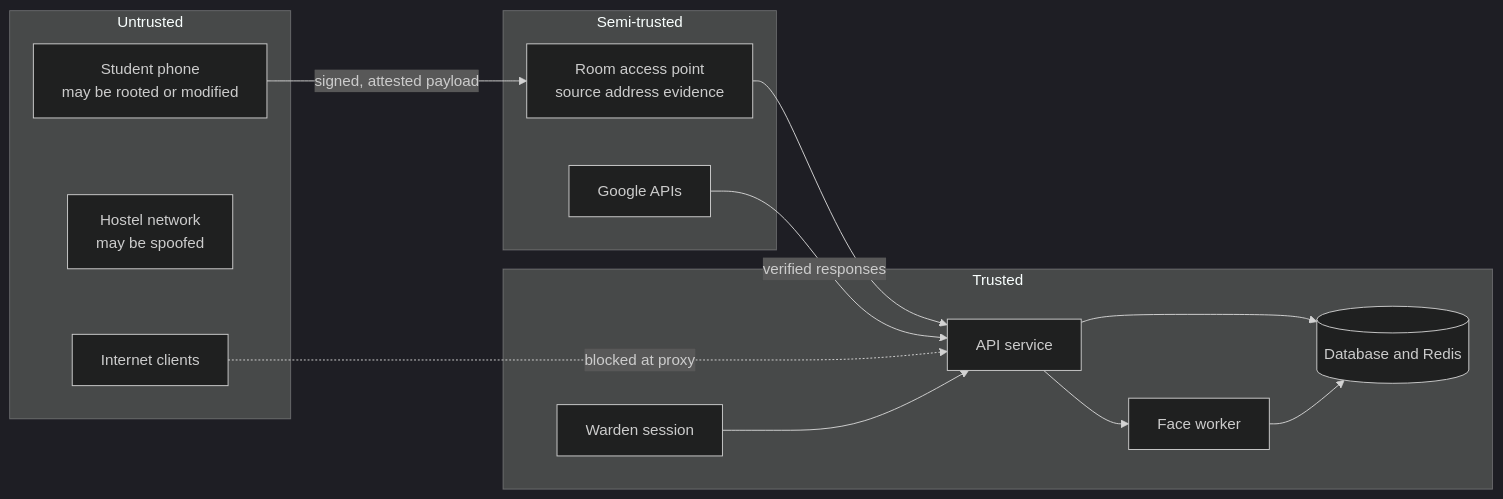
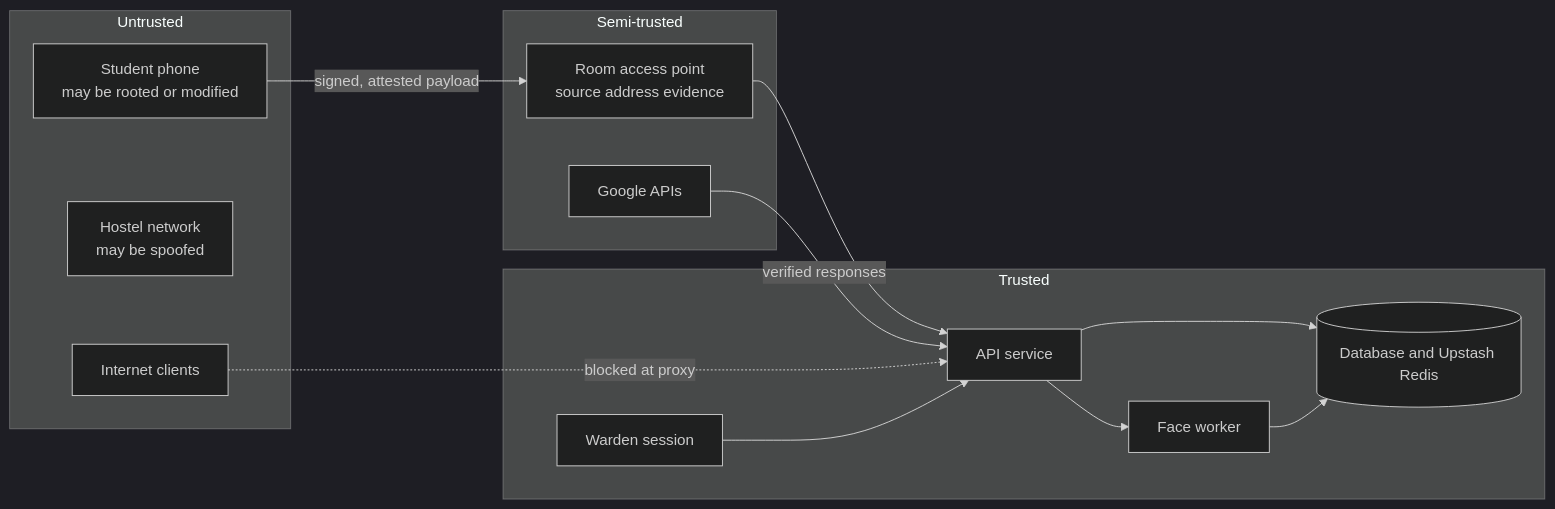
Before and after one commit to Rahul-8283/NightRoll: the ninth of 10 diagrams in docs/architecture.md, drawn with Mermaid (dark theme). The commit also changed other lines of this file and 11 other files, not shown here.

Commit message:
chore: switch Redis to hosted Upstash across env, docs and phases

````diff
--- a/docs/architecture.md
+++ b/docs/architecture.md
@@ -359,29 +359,29 @@
 ```mermaid
 flowchart LR
     subgraph T0["Untrusted"]
         Phone["Student phone<br/>may be rooted or modified"]
         Net["Hostel network<br/>may be spoofed"]
         Outside["Internet clients"]
     end
 
     subgraph T1["Semi-trusted"]
         AP["Room access point<br/>source address evidence"]
         Ext["Google APIs"]
     end
 
     subgraph T2["Trusted"]
         API["API service"]
         FaceW["Face worker"]
-        Data[("Database and Redis")]
+        Data[("Database and Upstash Redis")]
         Dash["Warden session"]
     end
 
     Phone -- "signed, attested payload" --> AP
     AP --> API
     Ext -- "verified responses" --> API
     Outside -. "blocked at proxy" .-> API
     API --> FaceW
     API --> Data
     FaceW --> Data
     Dash --> API
 ```
````
